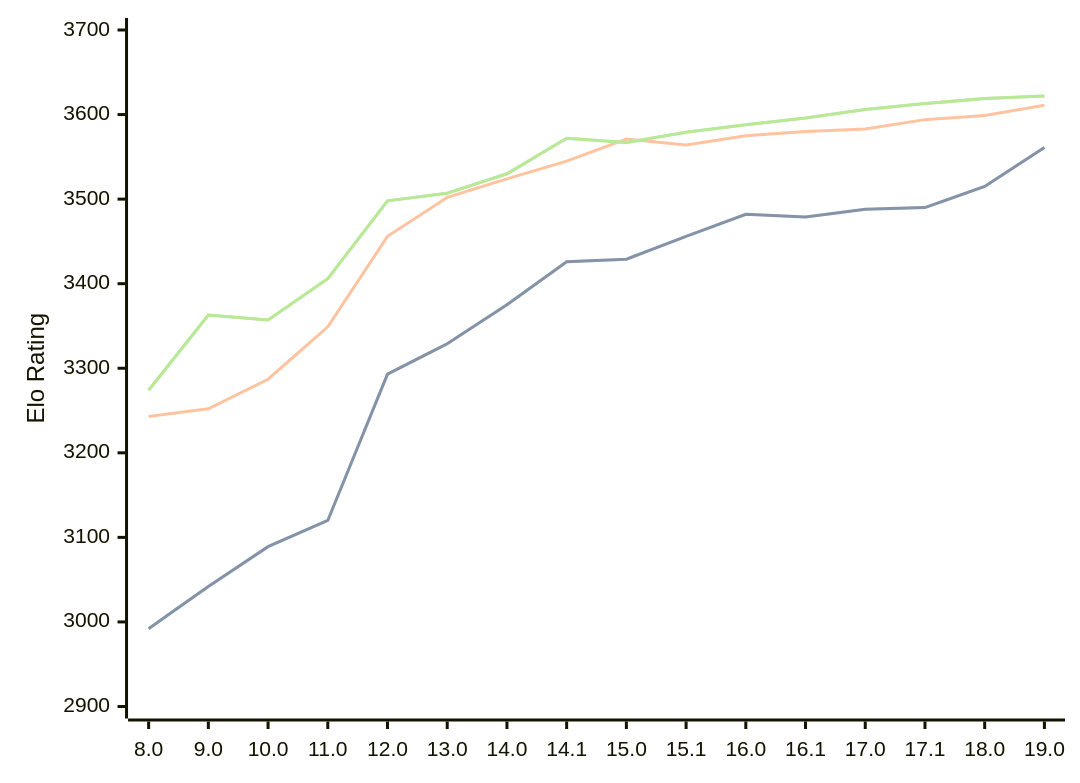
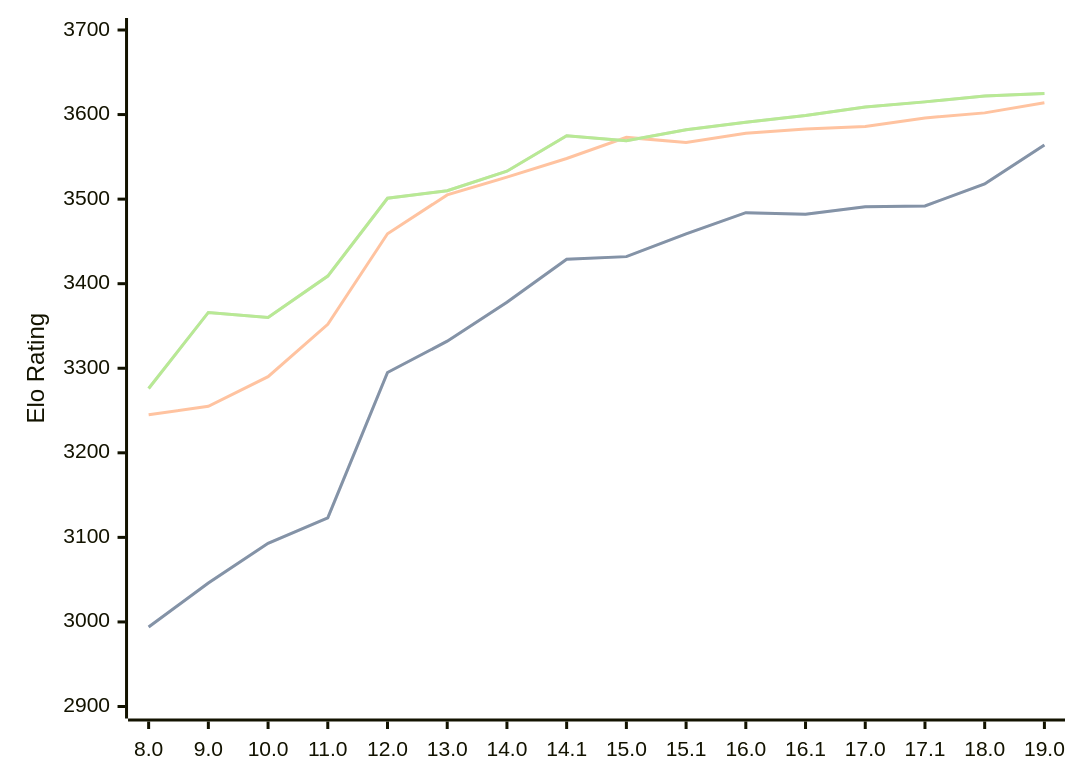
The diagram in engines/Stockfish.md (computer-chess-index/cci), drawn with Mermaid before and after one commit. The commit also changed other lines of this file, not shown here.

Commit message:
Update CCI Ratings (ELO VLTC) - 2026-09-24

````diff
--- a/engines/Stockfish.md
+++ b/engines/Stockfish.md
@@ -46,11 +46,11 @@
 ```mermaid
 %%{init: {"theme":"base","themeVariables":{"seriesColors:['#a3a3a3','#222221','#faa371']}}}%%
 xychart-beta
   x-axis ["8.0", "9.0", "10.0", "11.0", "12.0", "13.0", "14.0", "14.1", "15.0", "15.1", "16.0", "16.1", "17.0", "17.1", "18.0", "19.0"]
   y-axis "Elo Rating" 2900 --> 3700
-  line "" [2992, 3042, 3089, 3120, 3293, 3329, 3375, 3426, 3429, 3456, 3482, 3479, 3488, 3490, 3515, 3561]
-  line "STC (8.0+0.08s)" [2992, 3042, 3089, 3120, 3293, 3329, 3375, 3426, 3429, 3456, 3482, 3479, 3488, 3490, 3515, 3561]
-  line "LTC (60.0+0.60s)" [3243, 3252, 3287, 3349, 3456, 3502, 3524, 3545, 3571, 3564, 3575, 3580, 3583, 3594, 3599, 3611]
-  line "" [3274, 3363, 3357, 3406, 3498, 3507, 3530, 3572, 3567, 3579, 3588, 3596, 3606, 3613, 3619, 3622]
-  line "VLTC (2m24s+1.12s)" [3274, 3363, 3357, 3406, 3498, 3507, 3530, 3572, 3567, 3579, 3588, 3596, 3606, 3613, 3619, 3622]
+  line "" [2994, 3046, 3093, 3123, 3295, 3332, 3378, 3429, 3432, 3459, 3484, 3482, 3491, 3492, 3518, 3564]
+  line "STC (8.0+0.08s)" [2994, 3046, 3093, 3123, 3295, 3332, 3378, 3429, 3432, 3459, 3484, 3482, 3491, 3492, 3518, 3564]
+  line "LTC (60.0+0.60s)" [3245, 3255, 3290, 3352, 3459, 3505, 3526, 3548, 3573, 3567, 3578, 3583, 3586, 3596, 3602, 3614]
+  line "" [3276, 3366, 3360, 3409, 3501, 3510, 3533, 3575, 3569, 3582, 3591, 3599, 3609, 3615, 3622, 3625]
+  line "VLTC (2m24s+1.12s)" [3276, 3366, 3360, 3409, 3501, 3510, 3533, 3575, 3569, 3582, 3591, 3599, 3609, 3615, 3622, 3625]
 ```
````
